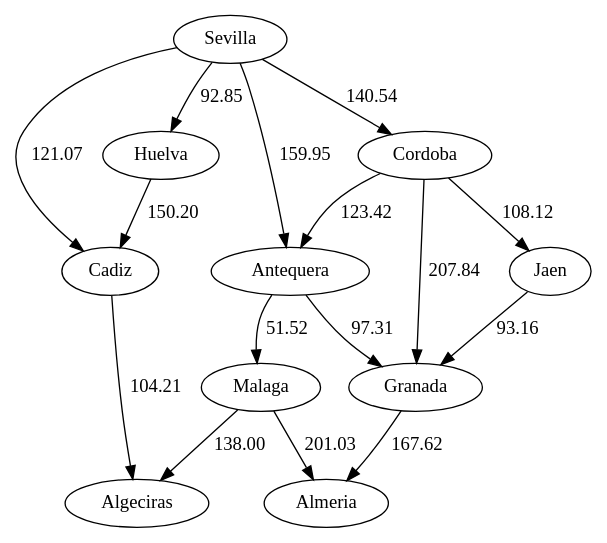
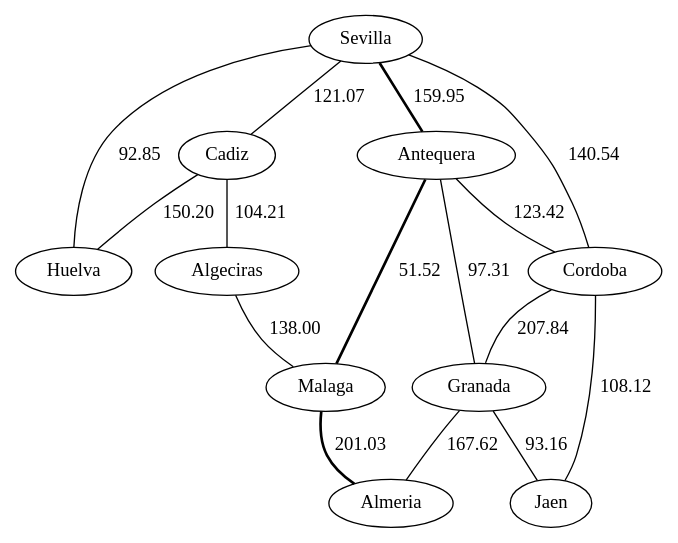
Before and after one commit to migueltoro/ada_v2_18: the diagram in java/EjemplosDeGrafos/ficheros/andaluciaAStar.gv, drawn with Graphviz. The commit also changed 99 other files, not shown here.

```diff
--- a/java/EjemplosDeGrafos/ficheros/andaluciaAStar.gv
+++ b/java/EjemplosDeGrafos/ficheros/andaluciaAStar.gv
@@ -1,27 +1,27 @@
-strict digraph G {
-  1 [ label="Sevilla" ];
-  2 [ label="Huelva" ];
-  3 [ label="Cordoba" ];
-  4 [ label="Cadiz" ];
-  5 [ label="Antequera" ];
-  6 [ label="Algeciras" ];
-  7 [ label="Jaen" ];
-  8 [ label="Granada" ];
-  9 [ label="Malaga" ];
-  10 [ label="Almeria" ];
-  1 -> 2 [ label="92.85" ];
-  1 -> 3 [ label="140.54" ];
-  1 -> 4 [ label="121.07" ];
-  1 -> 5 [ label="159.95" ];
-  2 -> 4 [ label="150.20" ];
-  4 -> 6 [ label="104.21" ];
-  3 -> 5 [ label="123.42" ];
-  3 -> 7 [ label="108.12" ];
-  3 -> 8 [ label="207.84" ];
-  5 -> 8 [ label="97.31" ];
-  5 -> 9 [ label="51.52" ];
-  9 -> 10 [ label="201.03" ];
-  9 -> 6 [ label="138.00" ];
-  7 -> 8 [ label="93.16" ];
-  8 -> 10 [ label="167.62" ];
+strict graph G {
+  1 [ color="black" label="Sevilla" ];
+  2 [ color="black" label="Cadiz" ];
+  3 [ color="black" label="Huelva" ];
+  4 [ color="black" label="Cordoba" ];
+  5 [ color="black" label="Malaga" ];
+  6 [ color="black" label="Antequera" ];
+  7 [ color="black" label="Almeria" ];
+  8 [ color="black" label="Granada" ];
+  9 [ color="black" label="Jaen" ];
+  10 [ color="black" label="Algeciras" ];
+  2 -- 3 [ style="solid" label="150.20" ];
+  1 -- 3 [ style="solid" label="92.85" ];
+  1 -- 4 [ style="solid" label="140.54" ];
+  1 -- 2 [ style="solid" label="121.07" ];
+  1 -- 6 [ style="bold" label="159.95" ];
+  6 -- 8 [ style="solid" label="97.31" ];
+  6 -- 5 [ style="bold" label="51.52" ];
+  6 -- 4 [ style="solid" label="123.42" ];
+  5 -- 7 [ style="bold" label="201.03" ];
+  4 -- 9 [ style="solid" label="108.12" ];
+  4 -- 8 [ style="solid" label="207.84" ];
+  8 -- 7 [ style="solid" label="167.62" ];
+  8 -- 9 [ style="solid" label="93.16" ];
+  2 -- 10 [ style="solid" label="104.21" ];
+  10 -- 5 [ style="solid" label="138.00" ];
 }
```
